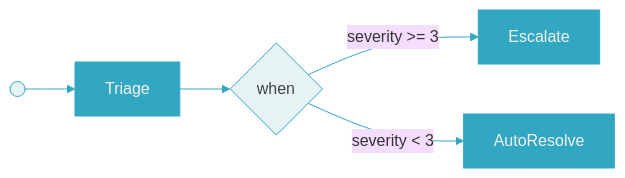
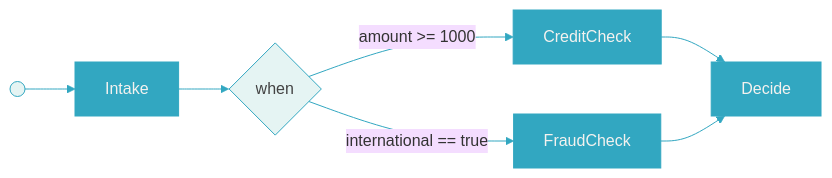
One commit to microbus-io/dwarf changed the second of 9 diagrams in docs/graphs.md. Above: the diagram before and after it, drawn with Mermaid (base theme). The commit also changed other lines of this file and 129 other files, not shown here.

````diff
--- a/docs/graphs.md
+++ b/docs/graphs.md
@@ -75,15 +79,18 @@
 ```mermaid
 graph LR
     classDef task fill:#32a7c1,color:#f4f2ef,stroke:#32a7c1
     classDef term fill:#e5f4f3,color:#434343,stroke:#32a7c1
     linkStyle default stroke:#32a7c1
 
-    t0["Triage"]:::task
+    t0["Intake"]:::task
     t0_when{"when"}:::term
-    t1["Escalate"]:::task
-    t2["AutoResolve"]:::task
+    t1["CreditCheck"]:::task
+    t2["FraudCheck"]:::task
+    t3["Decide"]:::task
     t0 --> t0_when
-    t0_when -->|"severity #gt;= 3"| t1
-    t0_when -->|"severity #lt; 3"| t2
+    t0_when -->|"amount #gt;= 1000"| t1
+    t0_when -->|"international == true"| t2
+    t1 --> t3
+    t2 --> t3
     _start(( )):::term --> t0
 ```
````
